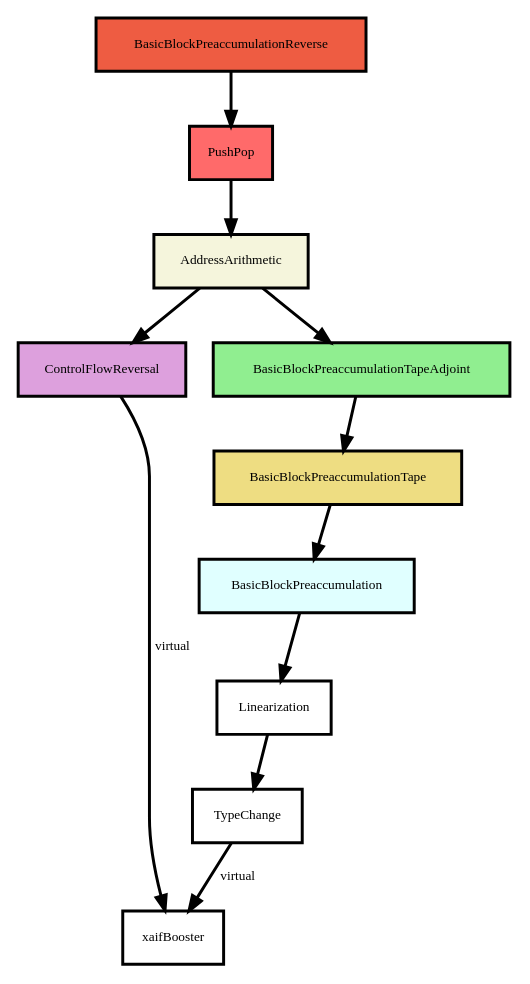
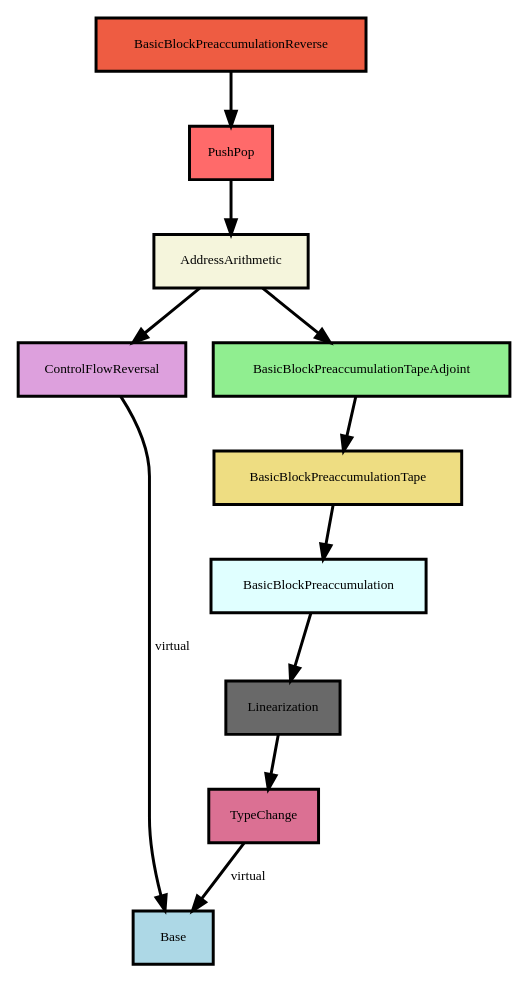
The diagram in doc/AlgConfigInheritance.dot (sriharikrishna/xaifBooster), drawn with Graphviz before and after one commit.

Commit message:
reordering tweak of AlgConfig inheritance graph

```diff
--- a/doc/AlgConfigInheritance.dot
+++ b/doc/AlgConfigInheritance.dot
@@ -1,30 +1,33 @@
 Digraph {
   graph [size="8,8"];
   edge [penwidth=2,fontsize=9];
   node [penwidth=2,fontsize=9,shape=rect,style=filled,fillcolor=white];
 
+  BasicBlockPreaccumulationReverse       [fillcolor=tomato2,URL="http://www.mcs.anl.gov/OpenAD/xaifBoosterDox/namespacexaifBoosterBasicBlockPreaccumulationReverse.html"];
+  PushPop                                [fillcolor=indianred1,URL="http://www.mcs.anl.gov/OpenAD/xaifBoosterDox/namespacexaifBoosterPushPop.html"];
+  AddressArithmetic                      [fillcolor=beige,URL="http://www.mcs.anl.gov/OpenAD/xaifBoosterDox/namespacexaifBoosterAddressArithmetic.html"];
   {
     rank = same;
     ControlFlowReversal                  [fillcolor=plum,URL="http://www.mcs.anl.gov/OpenAD/xaifBoosterDox/namespacexaifBoosterControlFlowReversal.html"];
     BasicBlockPreaccumulationTapeAdjoint [fillcolor=lightgreen,URL="http://www.mcs.anl.gov/OpenAD/xaifBoosterDox/namespacexaifBoosterBasicBlockPreaccumulationTapeAdjoint.html"];
   }
-  PushPop                                [fillcolor=indianred1,URL="http://www.mcs.anl.gov/OpenAD/xaifBoosterDox/namespacexaifBoosterPushPop.html"];
   BasicBlockPreaccumulationTape          [fillcolor=lightgoldenrod,URL="http://www.mcs.anl.gov/OpenAD/xaifBoosterDox/namespacexaifBoosterBasicBlockPreaccumulationTape.html"];
   BasicBlockPreaccumulation              [fillcolor=lightcyan,URL="http://www.mcs.anl.gov/OpenAD/xaifBoosterDox/namespacexaifBoosterBasicBlockPreaccumulation.html"];
-  BasicBlockPreaccumulationReverse       [fillcolor=tomato2,URL="http://www.mcs.anl.gov/OpenAD/xaifBoosterDox/namespacexaifBoosterBasicBlockPreaccumulationReverse.html"];
-  AddressArithmetic                      [fillcolor=beige,URL="http://www.mcs.anl.gov/OpenAD/xaifBoosterDox/namespacexaifBoosterAddressArithmetic.html"];
+  Linearization                          [fillcolor=dimgray,URL="http://www.mcs.anl.gov/OpenAD/xaifBoosterDox/namespacexaifBoosterLinearization.html"];
+  TypeChange                             [fillcolor=palevioletred,URL="http://www.mcs.anl.gov/OpenAD/xaifBoosterDox/namespacexaifBoosterTypeChange.html"];
+  Base                                   [fillcolor=lightblue,URL="http://www.mcs.anl.gov/OpenAD/xaifBoosterDox/namespacexaifBooster.html"];
 
   BasicBlockPreaccumulationReverse->PushPop;
   PushPop->AddressArithmetic;
   AddressArithmetic->ControlFlowReversal;
-  ControlFlowReversal->xaifBooster [label="virtual"];
+  ControlFlowReversal->Base [label="virtual"];
 
   AddressArithmetic->BasicBlockPreaccumulationTapeAdjoint;
   BasicBlockPreaccumulationTapeAdjoint->BasicBlockPreaccumulationTape;
   //MemOpsTradeoffPreaccumulation->BasicBlockPreaccumulation;
   BasicBlockPreaccumulationTape->BasicBlockPreaccumulation;
   BasicBlockPreaccumulation->Linearization;
   Linearization->TypeChange;
-  TypeChange->xaifBooster [label="virtual"];
+  TypeChange->Base [label="virtual"];
 
 }
```
